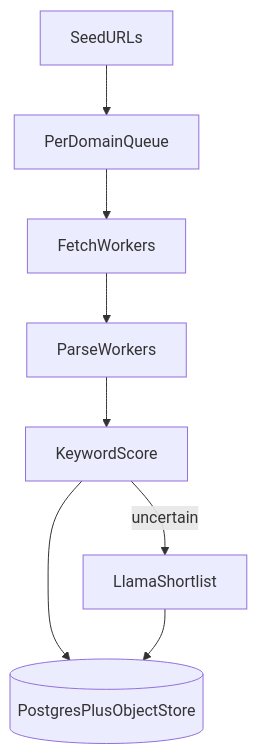
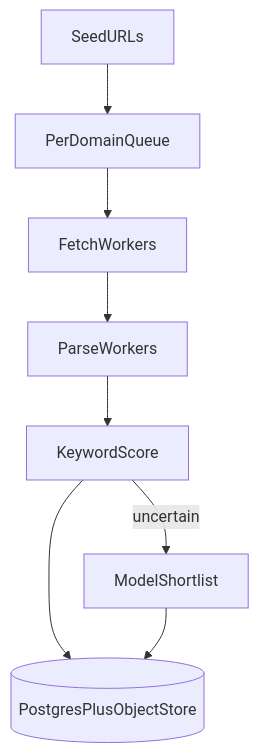
The third of 4 diagrams in README.md (Verdent06/crawler), drawn with Mermaid before and after one commit. The commit also changed other lines of this file and 32 other files, not shown here.

````diff
--- a/README.md
+++ b/README.md
@@ -165,10 +184,10 @@
 ```mermaid
 flowchart TB
   seeds[SeedURLs] --> queue[PerDomainQueue]
   queue --> fetchers[FetchWorkers]
   fetchers --> parse[ParseWorkers]
   parse --> heuristic[KeywordScore]
-  heuristic -->|uncertain| llm[LlamaShortlist]
+  heuristic -->|uncertain| llm[ModelShortlist]
   heuristic --> store[(PostgresPlusObjectStore)]
   llm --> store
 ```
````
